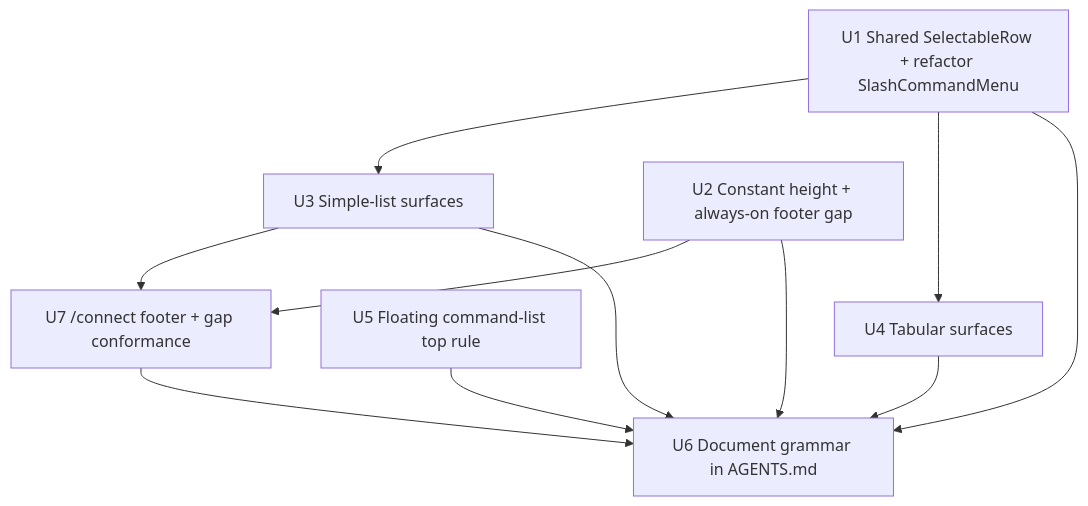
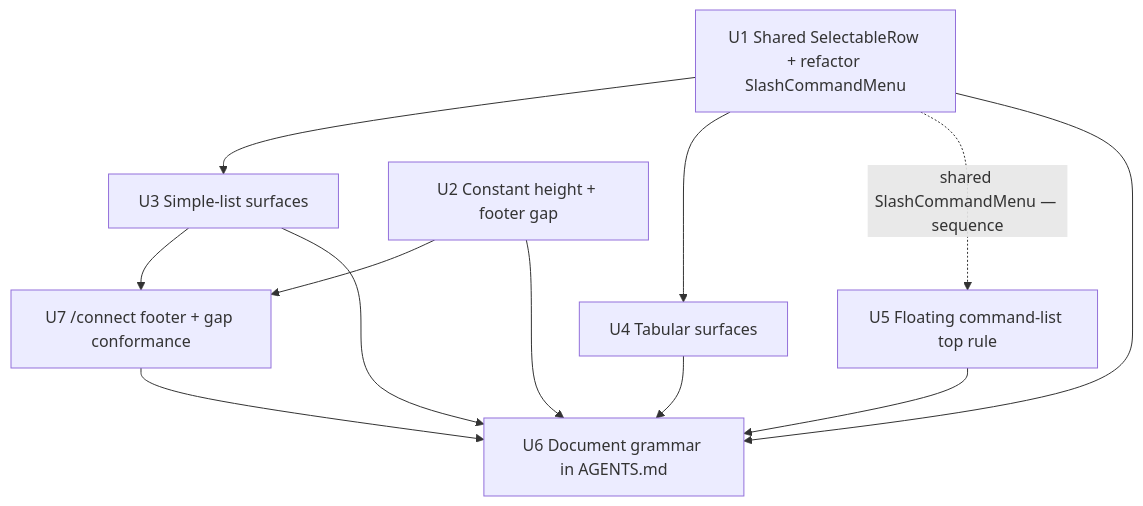
One commit to kefeiqian/kqode-cli changed the diagram in docs/plans/2026-07-11-003-refactor-tui-command-surface-consistency-plan.md. Above: the diagram before and after it, drawn with Mermaid. The commit also changed other lines of this file, not shown here.

First line of the commit message:
docs: revise command-surface consistency plan from review

````diff
--- a/docs/plans/2026-07-11-003-refactor-tui-command-surface-consistency-plan.md
+++ b/docs/plans/2026-07-11-003-refactor-tui-command-surface-consistency-plan.md
@@ -141,15 +141,16 @@
 ```mermaid
 graph TD
   U1[U1 Shared SelectableRow + refactor SlashCommandMenu] --> U3[U3 Simple-list surfaces]
   U1 --> U4[U4 Tabular surfaces]
-  U2[U2 Constant height + always-on footer gap]
+  U2[U2 Constant height + footer gap]
   U5[U5 Floating command-list top rule]
+  U1 -.->|shared SlashCommandMenu — sequence| U5
   U2 --> U7[U7 /connect footer + gap conformance]
   U3 --> U7
   U1 --> U6[U6 Document grammar in AGENTS.md]
   U2 --> U6
   U3 --> U6
   U4 --> U6
   U5 --> U6
   U7 --> U6
 ```
````
